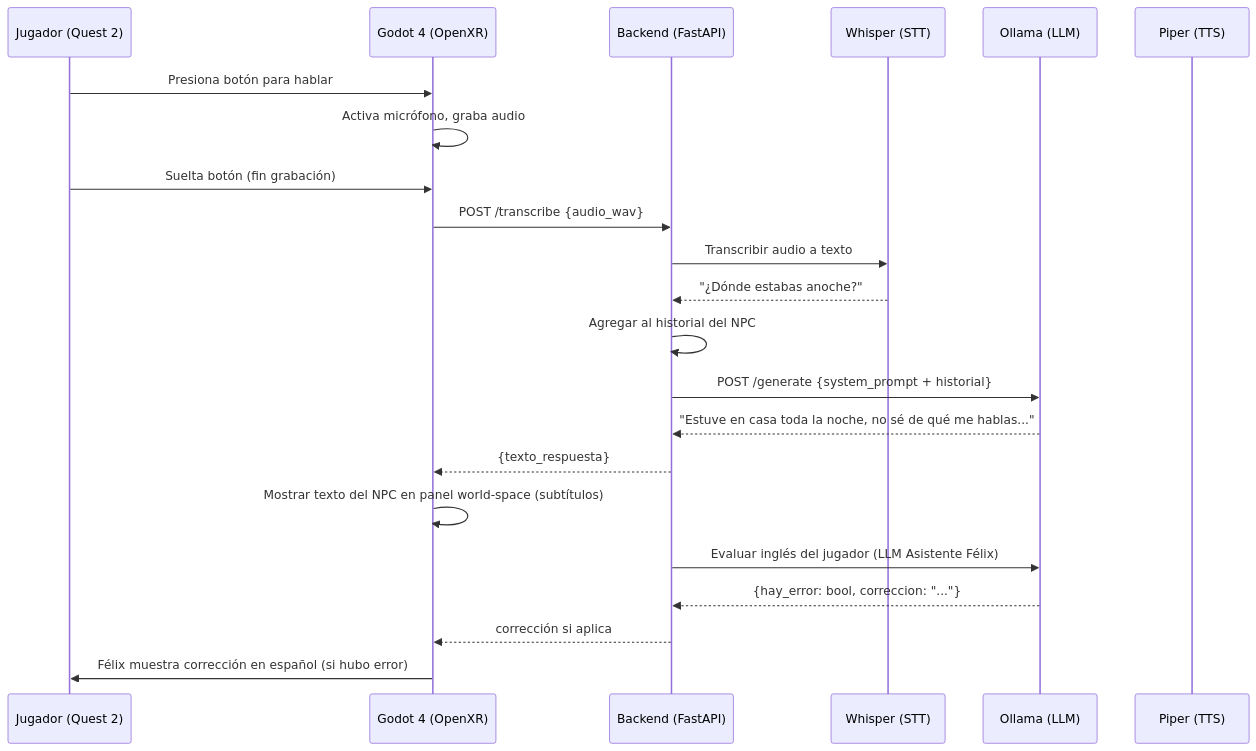
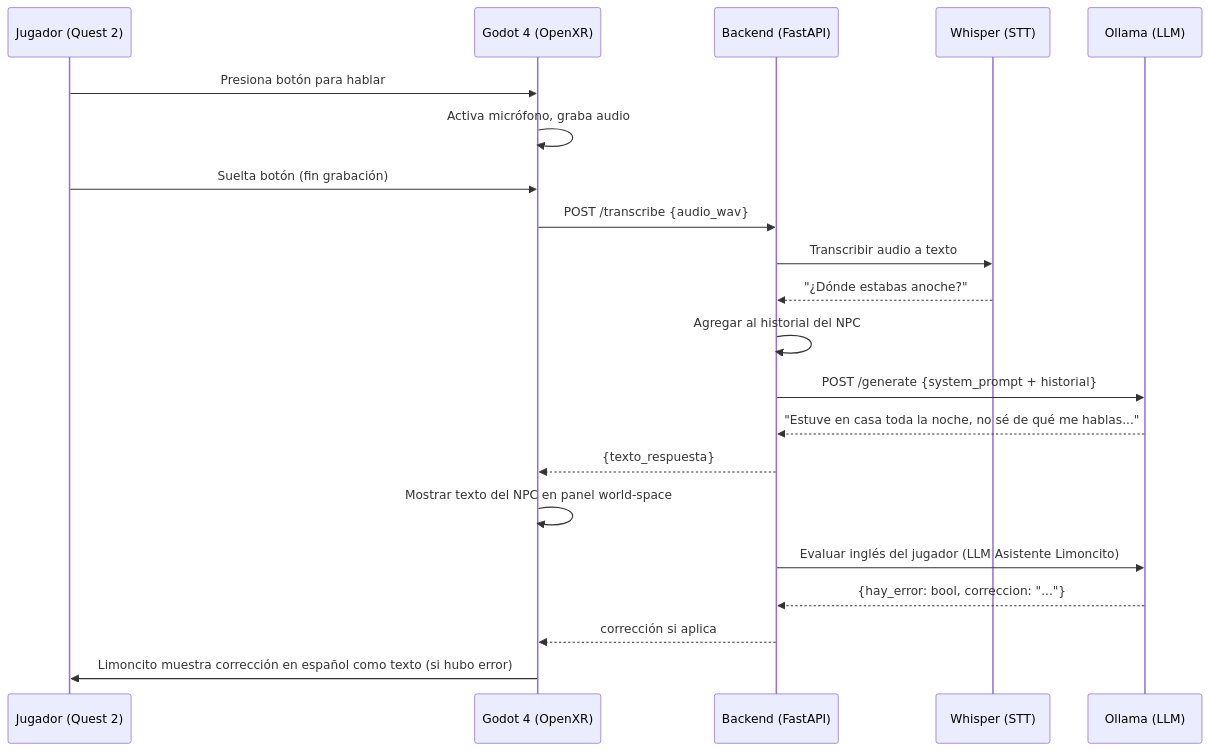
One commit to naxoruto/TE-limonchero-3d changed the second of 6 diagrams in design/gdd/entrega_1_diseno.md. Above: the diagram before and after it, drawn with Mermaid. The commit also changed other lines of this file and 6 other files, not shown here.

````diff
--- a/design/gdd/entrega_1_diseno.md
+++ b/design/gdd/entrega_1_diseno.md
@@ -300,25 +308,24 @@
 ```mermaid
 sequenceDiagram
 	participant J as Jugador (Quest 2)
 	participant U as Godot 4 (OpenXR)
 	participant B as Backend (FastAPI)
 	participant W as Whisper (STT)
 	participant L as Ollama (LLM)
-	participant P as Piper (TTS)
 
 	J->>U: Presiona botón para hablar
 	U->>U: Activa micrófono, graba audio
 	J->>U: Suelta botón (fin grabación)
 	U->>B: POST /transcribe {audio_wav}
 	B->>W: Transcribir audio a texto
 	W-->>B: "¿Dónde estabas anoche?"
 	B->>B: Agregar al historial del NPC
 	B->>L: POST /generate {system_prompt + historial}
 	L-->>B: "Estuve en casa toda la noche, no sé de qué me hablas..."
 	B-->>U: {texto_respuesta}
-	U->>U: Mostrar texto del NPC en panel world-space (subtítulos)
-	B->>L: Evaluar inglés del jugador (LLM Asistente Félix)
+	U->>U: Mostrar texto del NPC en panel world-space
+	B->>L: Evaluar inglés del jugador (LLM Asistente Limoncito)
 	L-->>B: {hay_error: bool, correccion: "..."}
 	B-->>U: corrección si aplica
-	U->>J: Félix muestra corrección en español (si hubo error)
+	U->>J: Limoncito muestra corrección en español como texto (si hubo error)
 ```
````
